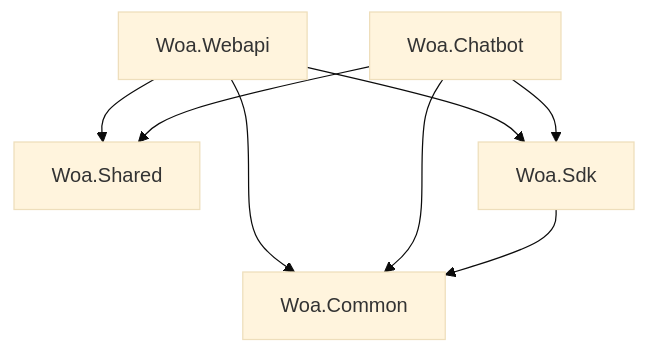
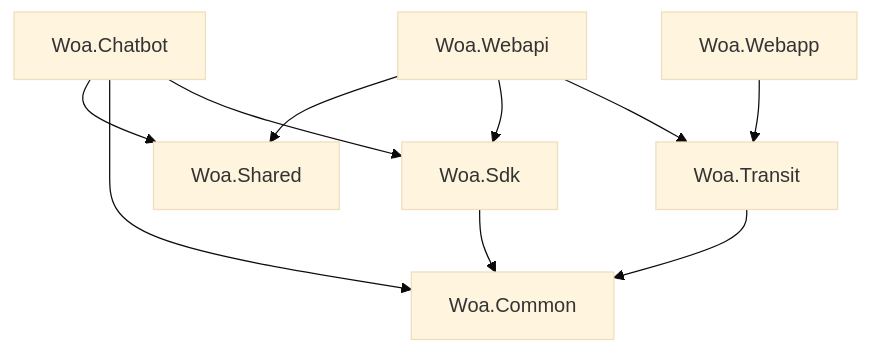
Before and after one commit to Codespilot/Woa: the diagram in README.md, drawn with Mermaid (base theme). The commit also changed other lines of this file, not shown here.

Commit message:
更新README.md

````diff
--- a/README.md
+++ b/README.md
@@ -5,10 +5,12 @@
 ```mermaid
 graph TD
     Woa.Webapi --> Woa.Shared
 	Woa.Chatbot --> Woa.Shared
-	Woa.Webapi --> Woa.Common
+	Woa.Webapp --> Woa.Transit
 	Woa.Chatbot --> Woa.Common
 	Woa.Webapi --> Woa.Sdk
 	Woa.Chatbot --> Woa.Sdk
 	Woa.Sdk --> Woa.Common
+    Woa.Webapi --> Woa.Transit
+    Woa.Transit --> Woa.Common
 ```
````
